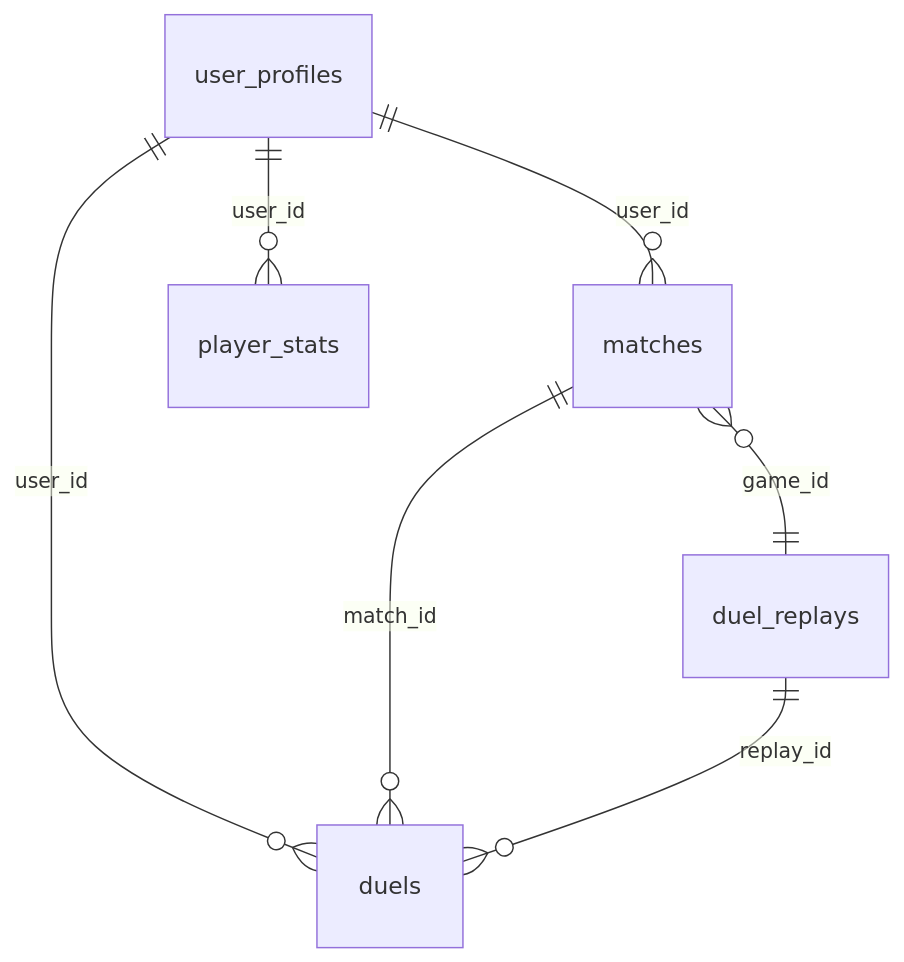
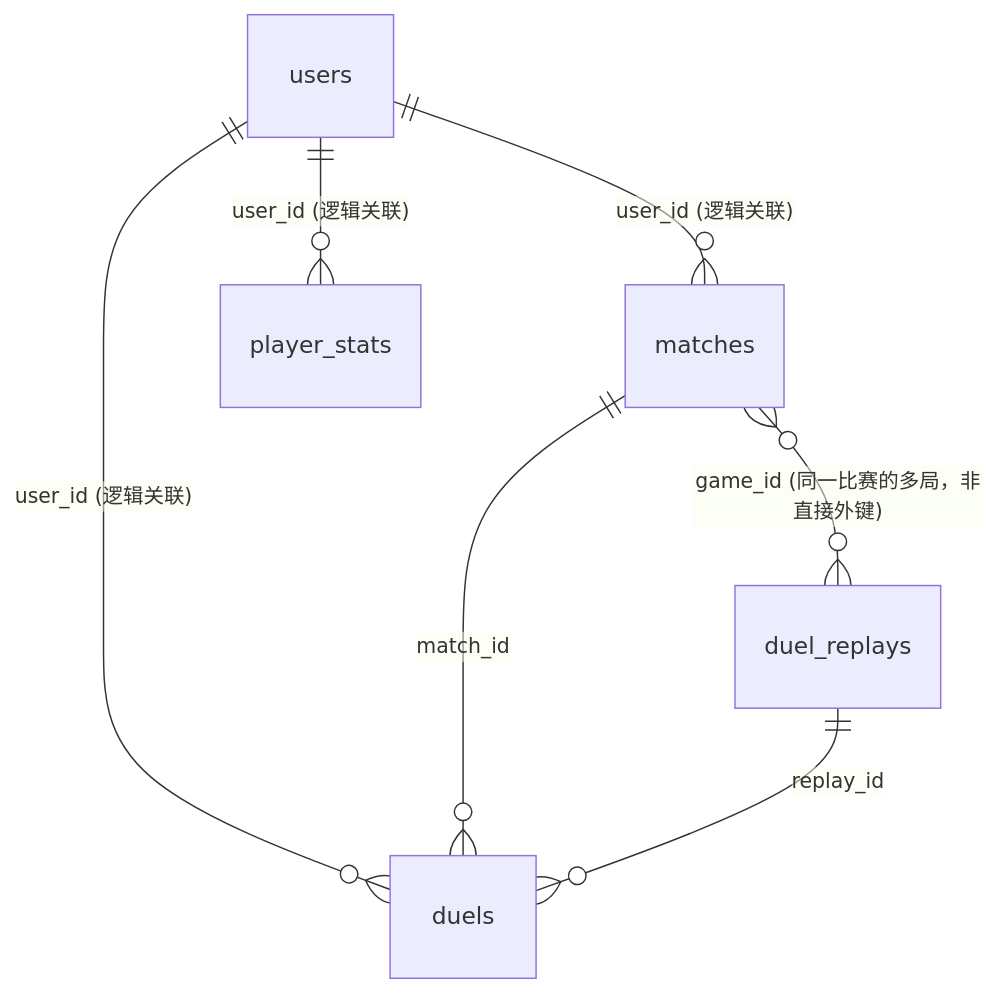
The first of 2 diagrams in docs/deck-statistics-system-plan.md (juaner2333/Nostalgia-duel-server), drawn with Mermaid before and after one commit. The commit also changed other lines of this file, not shown here.

Commit message:
docs: define 1109 deck statistics schema

````diff
--- a/docs/deck-statistics-system-plan.md
+++ b/docs/deck-statistics-system-plan.md
@@ -33,10 +34,10 @@
 ```mermaid
 erDiagram
-    user_profiles ||--o{ matches : "user_id"
-    user_profiles ||--o{ duels : "user_id"
-    user_profiles ||--o{ player_stats : "user_id"
+    users ||--o{ matches : "user_id (逻辑关联)"
+    users ||--o{ duels : "user_id (逻辑关联)"
+    users ||--o{ player_stats : "user_id (逻辑关联)"
     
     matches ||--o{ duels : "match_id"
     duel_replays ||--o{ duels : "replay_id"
-    matches }o--|| duel_replays : "game_id"
+    matches }o--o{ duel_replays : "game_id (同一比赛的多局，非直接外键)"
 ```
````
